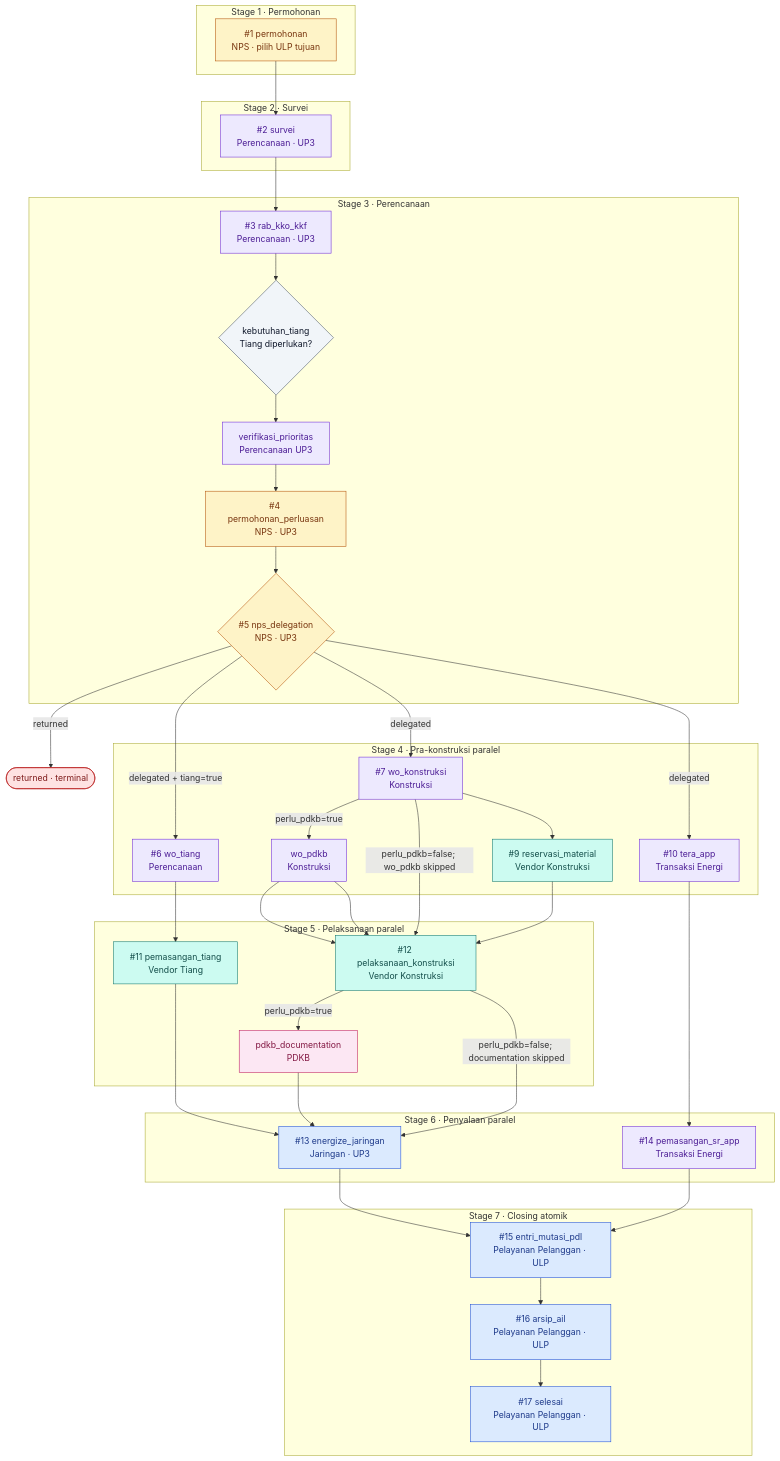
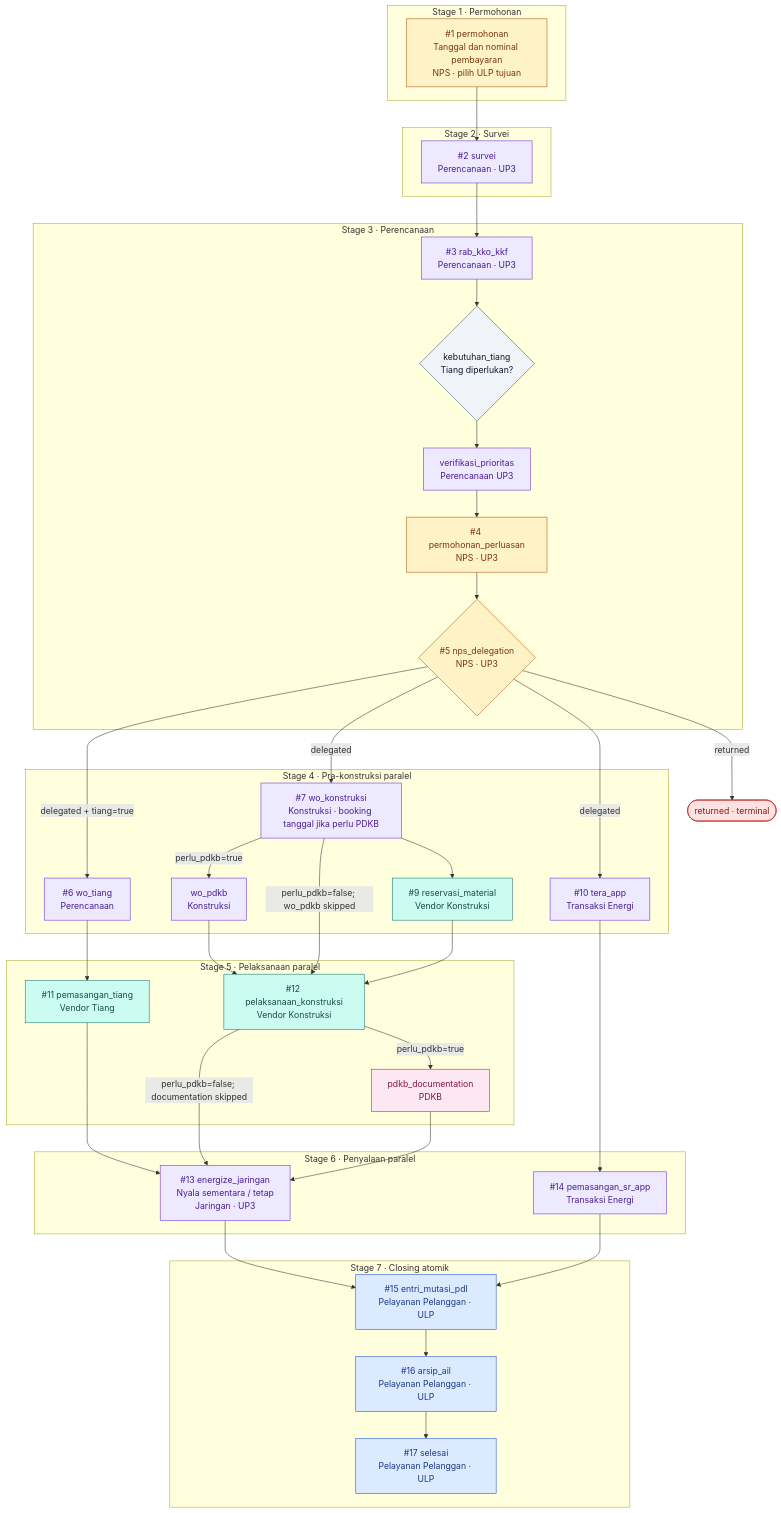
Before and after one commit to pln-colabora/colabora-be: the diagram in docs/architecture/diagrams/02-workflow-plg-tm.md, drawn with Mermaid. The commit also changed other lines of this file and 12 other files, not shown here.

Commit message:
docs: synchronize architecture flowcharts with current workflow

````diff
--- a/docs/architecture/diagrams/02-workflow-plg-tm.md
+++ b/docs/architecture/diagrams/02-workflow-plg-tm.md
@@ -9,74 +11,73 @@
 ```mermaid
 flowchart TD
   classDef ulp fill:#dbeafe,stroke:#1d4ed8,color:#1e3a8a
   classDef up3 fill:#ede9fe,stroke:#6d28d9,color:#4c1d95
   classDef nps fill:#fef3c7,stroke:#b45309,color:#78350f
   classDef vendor fill:#ccfbf1,stroke:#0f766e,color:#134e4a
   classDef pdkb fill:#fce7f3,stroke:#be185d,color:#831843
   classDef decision fill:#f1f5f9,stroke:#475569,color:#0f172a
   classDef terminal fill:#fee2e2,stroke:#b91c1c,color:#7f1d1d
 
   subgraph S1["Stage 1 · Permohonan"]
-    permohonan["#1 permohonan<br/>NPS · pilih ULP tujuan"]
+    permohonan["#1 permohonan<br/>Tanggal dan nominal pembayaran<br/>NPS · pilih ULP tujuan"]
   end
   subgraph S2["Stage 2 · Survei"]
     survei["#2 survei<br/>Perencanaan · UP3"]
   end
   subgraph S3["Stage 3 · Perencanaan"]
     rab_kko_kkf["#3 rab_kko_kkf<br/>Perencanaan · UP3"]
     kebutuhan_tiang{"kebutuhan_tiang<br/>Tiang diperlukan?"}
     verifikasi_prioritas["verifikasi_prioritas<br/>Perencanaan UP3"]
     permohonan_perluasan["#4 permohonan_perluasan<br/>NPS · UP3"]
     nps_delegation{"#5 nps_delegation<br/>NPS · UP3"}
   end
   subgraph S4["Stage 4 · Pra-konstruksi paralel"]
     wo_tiang["#6 wo_tiang<br/>Perencanaan"]
-    wo_konstruksi["#7 wo_konstruksi<br/>Konstruksi"]
+    wo_konstruksi["#7 wo_konstruksi<br/>Konstruksi · booking tanggal jika perlu PDKB"]
     wo_pdkb["wo_pdkb<br/>Konstruksi"]
     reservasi_material["#9 reservasi_material<br/>Vendor Konstruksi"]
     tera_app["#10 tera_app<br/>Transaksi Energi"]
   end
   subgraph S5["Stage 5 · Pelaksanaan paralel"]
     pemasangan_tiang["#11 pemasangan_tiang<br/>Vendor Tiang"]
     pelaksanaan_konstruksi["#12 pelaksanaan_konstruksi<br/>Vendor Konstruksi"]
     pdkb_documentation["pdkb_documentation<br/>PDKB"]
   end
   subgraph S6["Stage 6 · Penyalaan paralel"]
-    energize_jaringan["#13 energize_jaringan<br/>Jaringan · UP3"]
+    energize_jaringan["#13 energize_jaringan<br/>Nyala sementara / tetap<br/>Jaringan · UP3"]
     pemasangan_sr_app["#14 pemasangan_sr_app<br/>Transaksi Energi"]
   end
   subgraph S7["Stage 7 · Closing atomik"]
     entri_mutasi_pdl["#15 entri_mutasi_pdl<br/>Pelayanan Pelanggan · ULP"]
     arsip_ail["#16 arsip_ail<br/>Pelayanan Pelanggan · ULP"]
     selesai["#17 selesai<br/>Pelayanan Pelanggan · ULP"]
   end
   returned(["returned · terminal"])
 
   permohonan --> survei --> rab_kko_kkf --> kebutuhan_tiang --> verifikasi_prioritas --> permohonan_perluasan --> nps_delegation
   nps_delegation -->|returned| returned
   nps_delegation -->|delegated + tiang=true| wo_tiang
   nps_delegation -->|delegated| wo_konstruksi
   nps_delegation -->|delegated| tera_app
   wo_tiang --> pemasangan_tiang
   wo_konstruksi -->|perlu_pdkb=true| wo_pdkb --> pelaksanaan_konstruksi
   wo_konstruksi -->|perlu_pdkb=false; wo_pdkb skipped| pelaksanaan_konstruksi
-  wo_pdkb --> pelaksanaan_konstruksi
   wo_konstruksi --> reservasi_material --> pelaksanaan_konstruksi
   pemasangan_tiang --> energize_jaringan
   pelaksanaan_konstruksi -->|perlu_pdkb=true| pdkb_documentation
   pelaksanaan_konstruksi -->|perlu_pdkb=false; documentation skipped| energize_jaringan
   pdkb_documentation --> energize_jaringan
   tera_app --> pemasangan_sr_app
   energize_jaringan --> entri_mutasi_pdl
   pemasangan_sr_app --> entri_mutasi_pdl
   entri_mutasi_pdl --> arsip_ail --> selesai
 
-  class energize_jaringan,entri_mutasi_pdl,arsip_ail,selesai ulp
-  class survei,rab_kko_kkf,wo_tiang,wo_konstruksi,wo_pdkb,tera_app,verifikasi_prioritas,pemasangan_sr_app up3
+  class entri_mutasi_pdl,arsip_ail,selesai ulp
+  class energize_jaringan,survei,rab_kko_kkf,wo_tiang,wo_konstruksi,wo_pdkb,tera_app,verifikasi_prioritas,pemasangan_sr_app up3
   class reservasi_material vendor
   class permohonan,permohonan_perluasan,nps_delegation nps
   class pemasangan_tiang,pelaksanaan_konstruksi vendor
   class pdkb_documentation pdkb
   class kebutuhan_tiang decision
   class returned terminal
 ```
````
